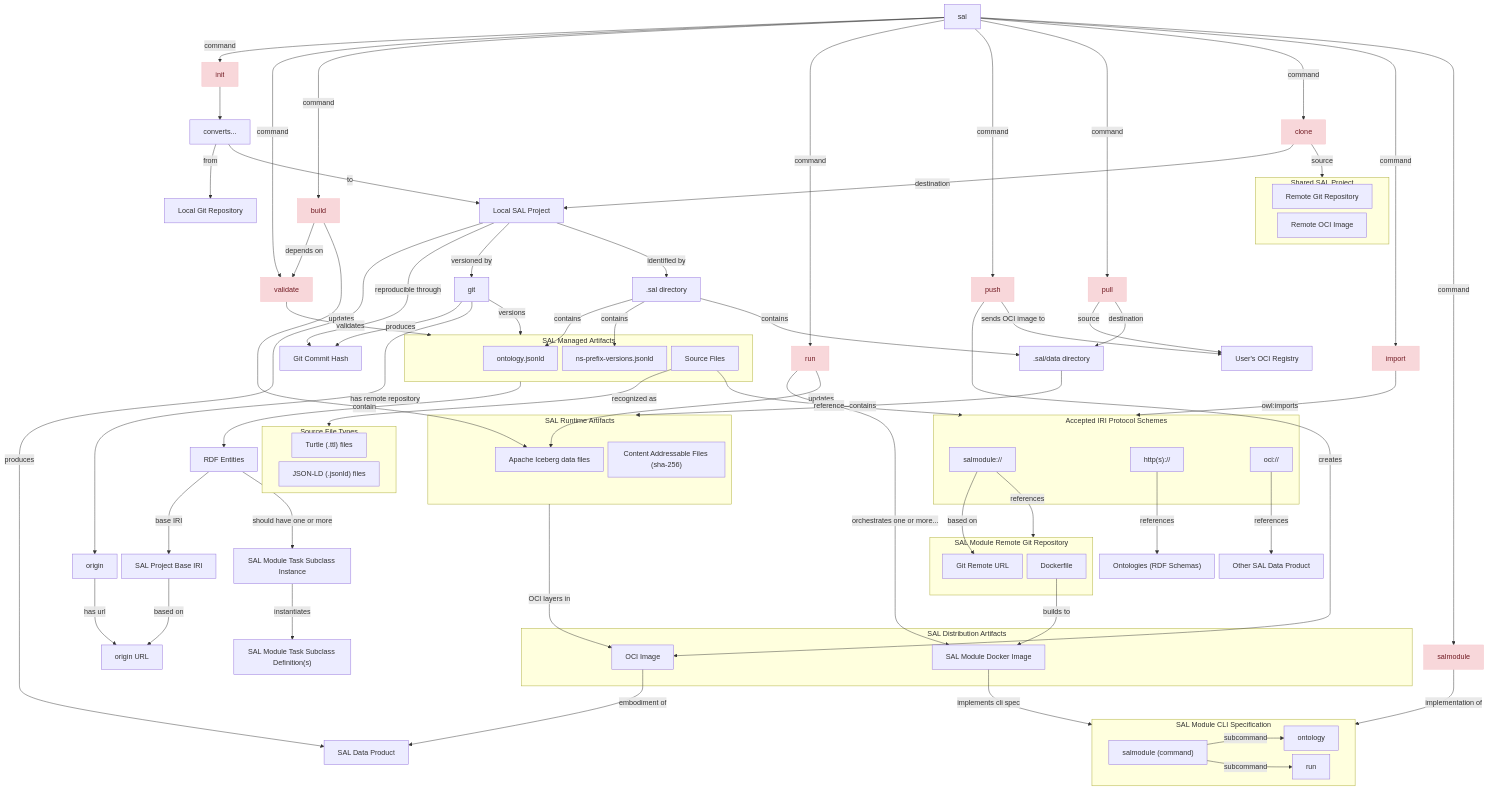
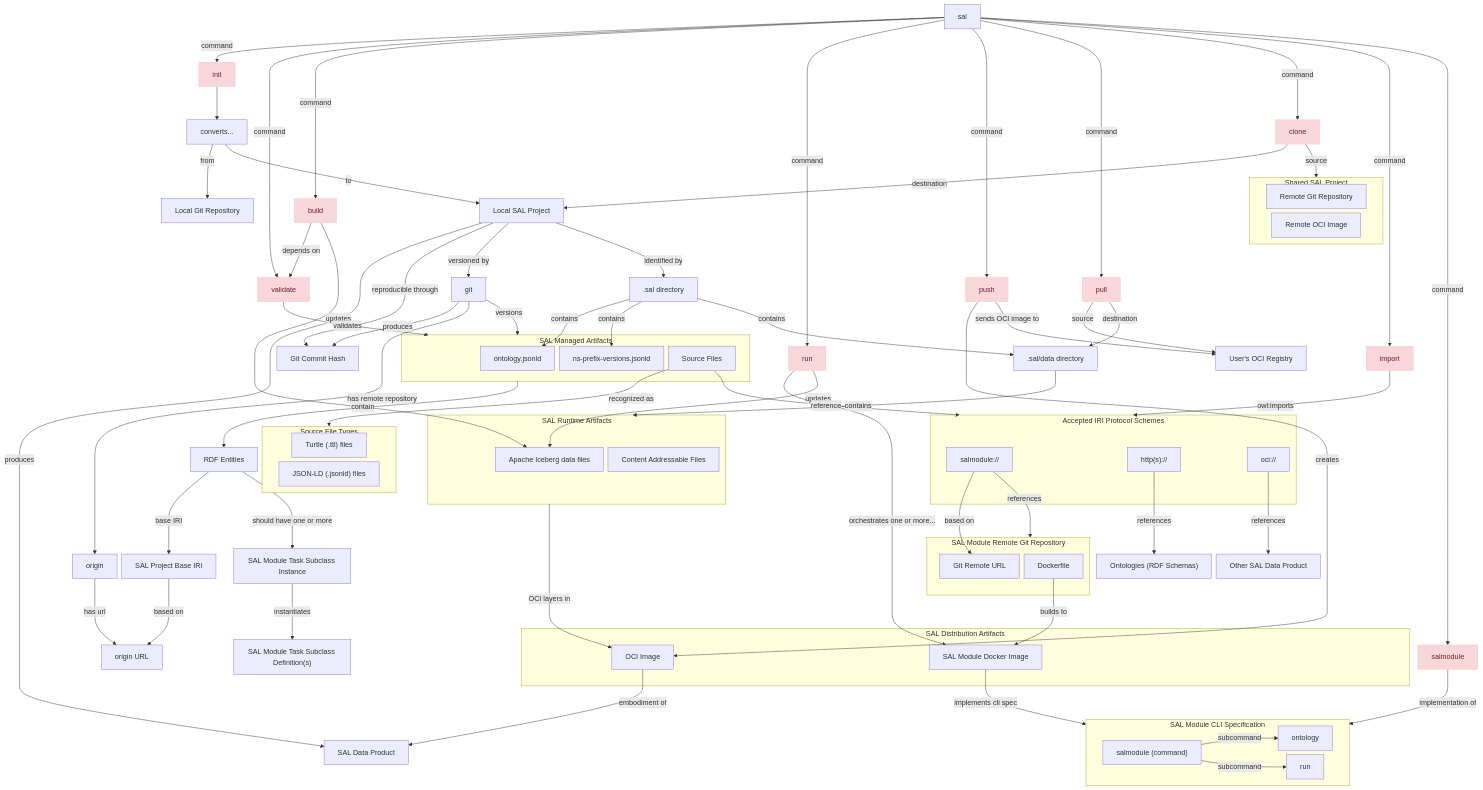
One commit to adplincinst/mermaid-diagrams changed the diagram in sal-graph/README.md. Above: the diagram before and after it, drawn with Mermaid.

Commit message:
fixed syntax error from &lpar; ecape

```diff
--- a/sal-graph/README.md
+++ b/sal-graph/README.md
@@ -47,7 +47,7 @@
 
     dot-sal-data-dir -->|contains| sal-runtime-artifacts
     subgraph sal-runtime-artifacts[SAL Runtime Artifacts]
-        caddr-media-files[Content Addressable Files &lpar;sha-256&rpar;]
+        caddr-media-files[Content Addressable Files]
         apache-iceberg-files[Apache Iceberg data files]
     end
 
```
